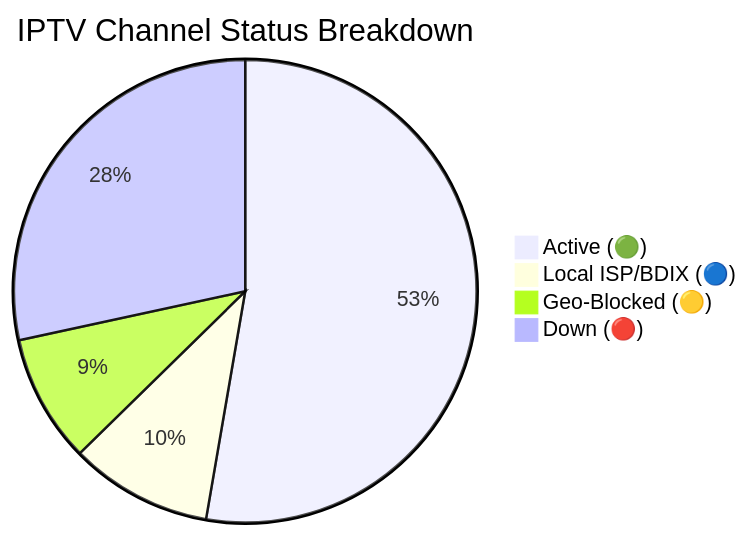
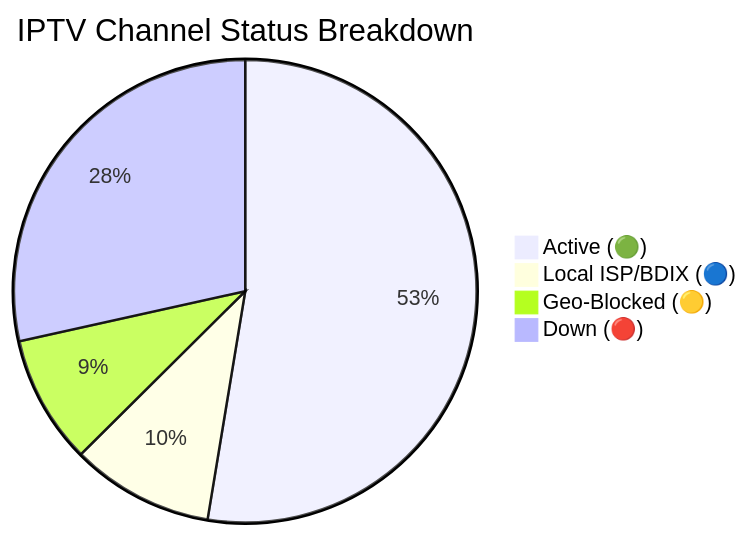
One commit to f6388600-ai/Web changed the diagram in README.md. Above: the diagram before and after it, drawn with Mermaid. The commit also changed other lines of this file and 6 other files, not shown here.

````diff
--- a/README.md
+++ b/README.md
@@ -149,7 +149,7 @@
 ```mermaid
 pie title IPTV Channel Status Breakdown
-    "Active (🟢)" : 9076
-    "Local ISP/BDIX (🔵)" : 1714
-    "Geo-Blocked (🟡)" : 1539
-    "Down (🔴)" : 4889
+    "Active (🟢)" : 9069
+    "Local ISP/BDIX (🔵)" : 1717
+    "Geo-Blocked (🟡)" : 1545
+    "Down (🔴)" : 4909
 ```
````
